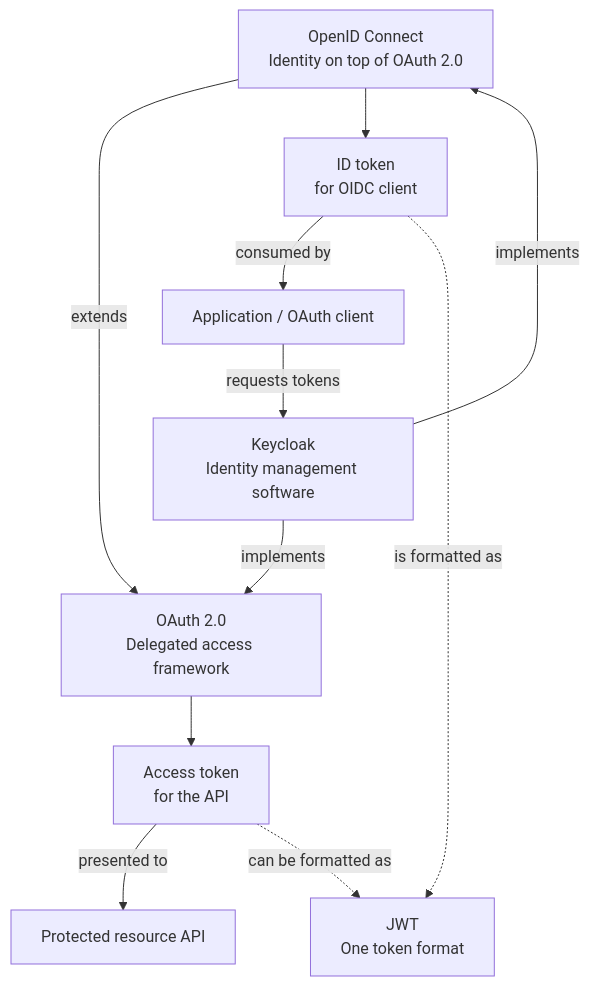
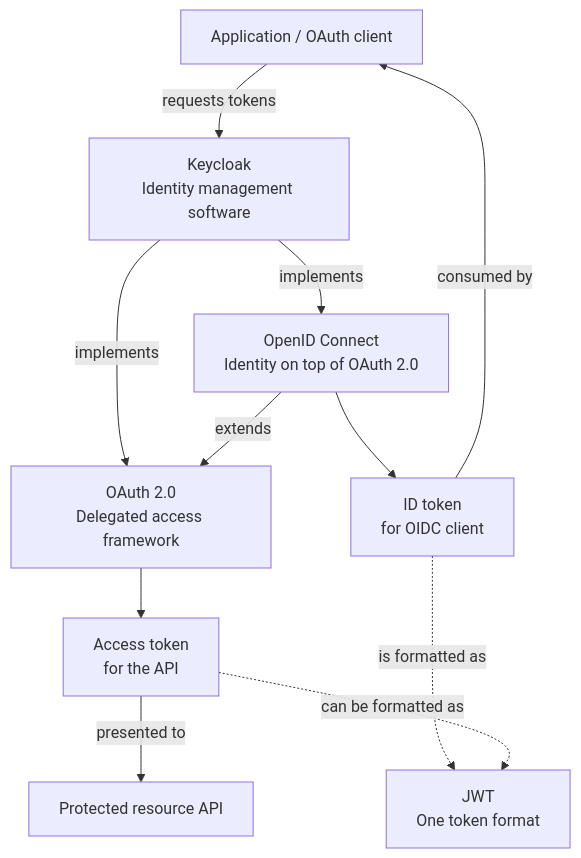
The first of 3 diagrams in docs/09-oauth2-oidc-keycloak-relationship.md (MSKazemi/security), drawn with Mermaid before and after one commit. The commit also changed other lines of this file and 22 other files, not shown here.

First line of the commit message:
Publish complete 17-chapter teaching set: roadmap, flows, device flow, deployment, BFF, keycloak-js and CDN chapters with text-first slides

````diff
--- a/docs/09-oauth2-oidc-keycloak-relationship.md
+++ b/docs/09-oauth2-oidc-keycloak-relationship.md
@@ -30,21 +30,21 @@
 ```mermaid
 flowchart TB
+    Client["Application / OAuth client"]
+    Keycloak["Keycloak<br/>Identity management software"]
+    OIDC["OpenID Connect<br/>Identity on top of OAuth 2.0"]
     OAuth["OAuth 2.0<br/>Delegated access framework"]
-    OIDC["OpenID Connect<br/>Identity on top of OAuth 2.0"]
-    Keycloak["Keycloak<br/>Identity management software"]
-    Client["Application / OAuth client"]
+    ID["ID token<br/>for OIDC client"]
+    A["Access token<br/>for the API"]
     API["Protected resource API"]
-    A["Access token<br/>for the API"]
-    ID["ID token<br/>for OIDC client"]
     JWT["JWT<br/>One token format"]
-    OAuth --> A
+    Client -->|"requests tokens"| Keycloak
+    Keycloak -->|"implements"| OIDC
+    Keycloak -->|"implements"| OAuth
     OIDC -->|"extends"| OAuth
     OIDC --> ID
-    Keycloak -->|"implements"| OAuth
-    Keycloak -->|"implements"| OIDC
-    Client -->|"requests tokens"| Keycloak
+    OAuth --> A
+    ID -->|"consumed by"| Client
     A -->|"presented to"| API
-    ID -->|"consumed by"| Client
     ID -.->|"is formatted as"| JWT
     A -.->|"can be formatted as"| JWT
 ```
````
